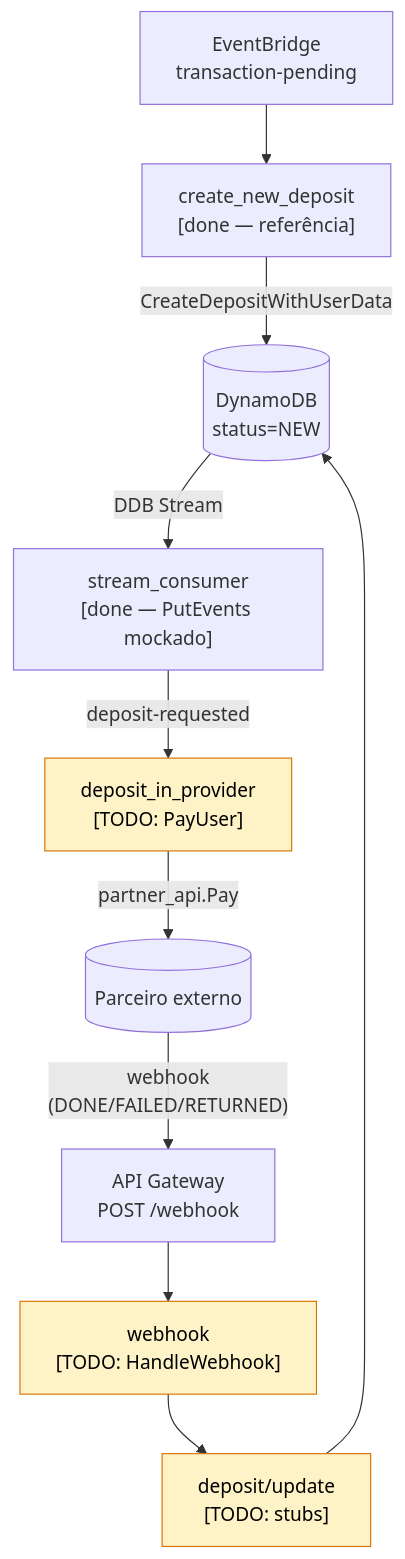
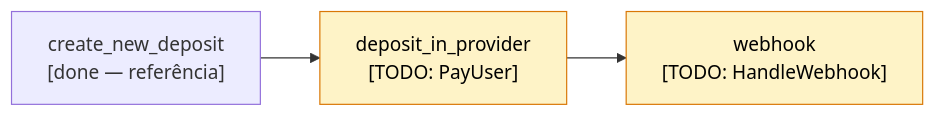
One commit to FacioCode/interview-mock-deposits changed the diagram in DESAFIO.md. Above: the diagram before and after it, drawn with Mermaid. The commit also changed other lines of this file, not shown here.

Commit message:
docs(interview): simplify components table and architecture diagram

````diff
--- a/DESAFIO.md
+++ b/DESAFIO.md
@@ -31,15 +29,8 @@
 ```mermaid
-flowchart TD
-    src["EventBridge<br/>transaction-pending"] --> cnd["create_new_deposit<br/>[done — referência]"]
-    cnd -->|"CreateDepositWithUserData"| ddb[("DynamoDB<br/>status=NEW")]
-    ddb -->|"DDB Stream"| sc["stream_consumer<br/>[done — PutEvents mockado]"]
-    sc -->|"deposit-requested"| dip["deposit_in_provider<br/>[TODO: PayUser]"]
-    dip -->|"partner_api.Pay"| ext[(Parceiro externo)]
-    ext -->|"webhook<br/>(DONE/FAILED/RETURNED)"| apigw["API Gateway<br/>POST /webhook"]
-    apigw --> wh["webhook<br/>[TODO: HandleWebhook]"]
-    wh --> upd["deposit/update<br/>[TODO: stubs]"]
-    upd --> ddb
+flowchart LR
+    cnd["create_new_deposit<br/>[done — referência]"] --> dip["deposit_in_provider<br/>[TODO: PayUser]"]
+    dip --> wh["webhook<br/>[TODO: HandleWebhook]"]
 
     classDef todo fill:#fef3c7,stroke:#d97706,color:#000
-    class dip,wh,upd todo
+    class dip,wh todo
 ```
````
